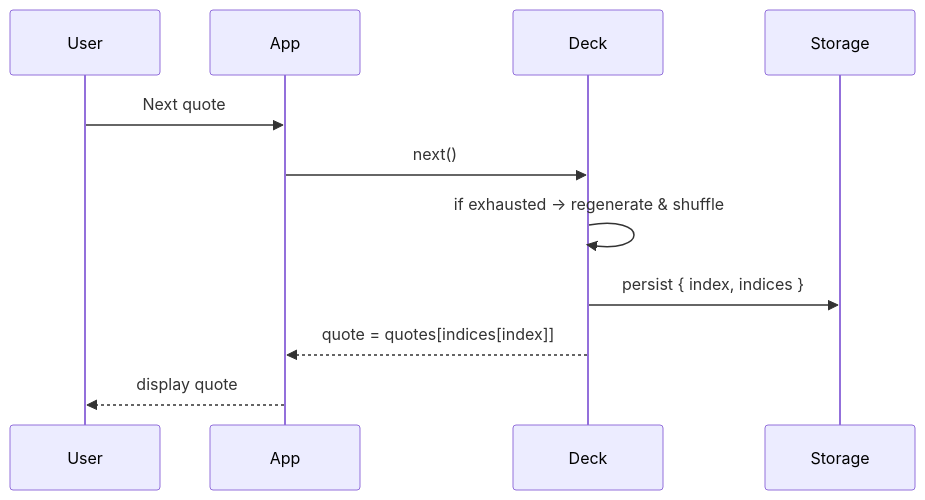
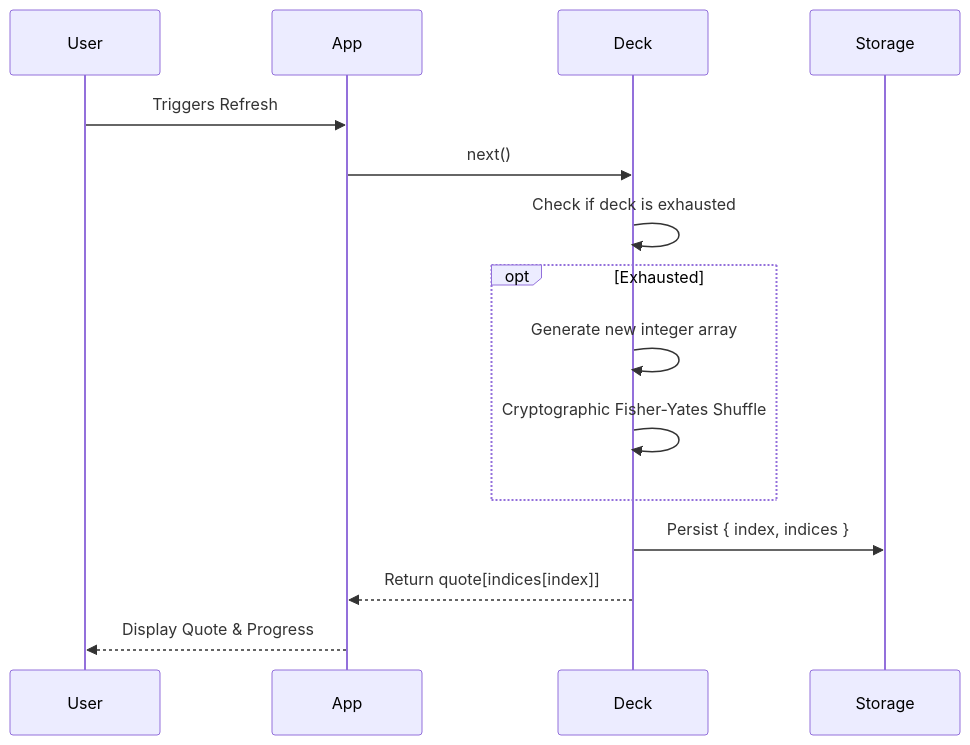
One commit to codebydusk/quiply changed the second of 3 diagrams in README.md. Above: the diagram before and after it, drawn with Mermaid. The commit also changed other lines of this file, not shown here.

````diff
--- a/README.md
+++ b/README.md
@@ -117,14 +121,18 @@
 ```mermaid
 sequenceDiagram
     participant User
     participant App
     participant Deck
     participant Storage
 
-    User->>App: Next quote
+    User->>App: Triggers Refresh
     App->>Deck: next()
-    Deck->>Deck: if exhausted -> regenerate & shuffle
-    Deck->>Storage: persist { index, indices }
-    Deck-->>App: quote = quotes[indices[index]]
-    App-->>User: display quote
+    Deck->>Deck: Check if deck is exhausted
+    opt Exhausted
+        Deck->>Deck: Generate new integer array
+        Deck->>Deck: Cryptographic Fisher-Yates Shuffle
+    end
+    Deck->>Storage: Persist { index, indices }
+    Deck-->>App: Return quote[indices[index]]
+    App-->>User: Display Quote & Progress
 ```
````
